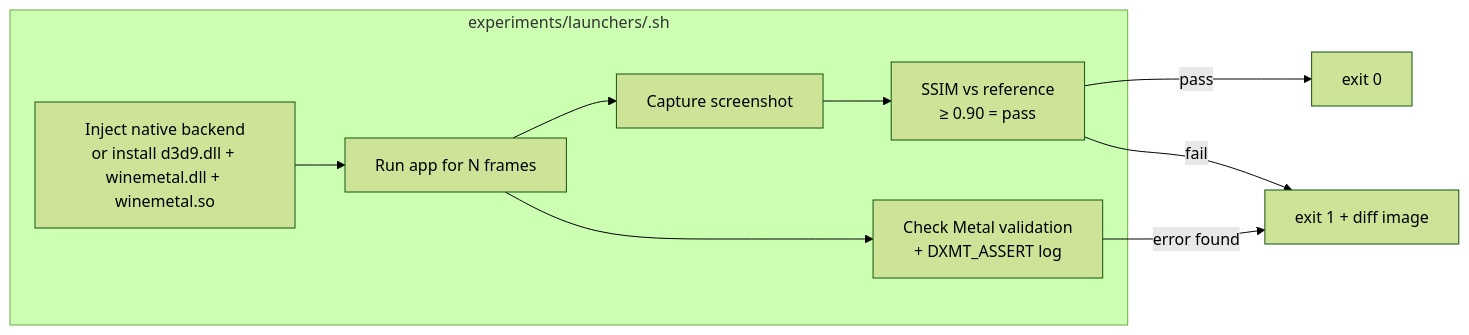
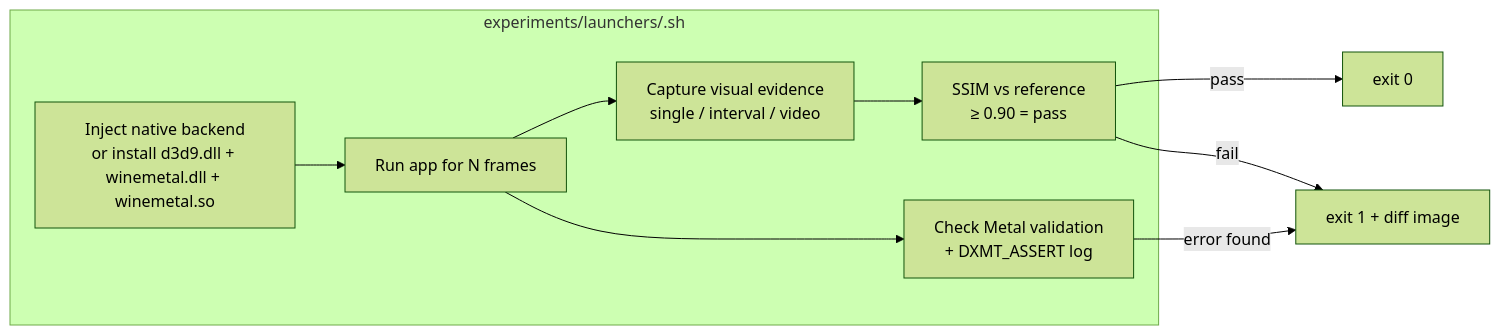
One commit to dfdgsdfg/dxmt9 changed the diagram in specs/experiments/design.md. Above: the diagram before and after it, drawn with Mermaid (forest theme). The commit also changed other lines of this file and 13 other files, not shown here.

````diff
--- a/specs/experiments/design.md
+++ b/specs/experiments/design.md
@@ -14,16 +14,16 @@
 ```mermaid
 graph LR
     subgraph Launcher["experiments/launchers/<app>.sh"]
         INJECT["Inject native backend\nor install d3d9.dll + winemetal.dll + winemetal.so"]
         RUN["Run app for N frames"]
-        SHOT["Capture screenshot"]
+        SHOT["Capture visual evidence\nsingle / interval / video"]
         CMP["SSIM vs reference\n≥ 0.90 = pass"]
         LOG["Check Metal validation\n+ DXMT_ASSERT log"]
     end
 
     INJECT --> RUN --> SHOT --> CMP
     RUN --> LOG
     CMP -->|pass| EXIT0["exit 0"]
     CMP -->|fail| EXIT1["exit 1 + diff image"]
     LOG -->|error found| EXIT1
 ```
````
